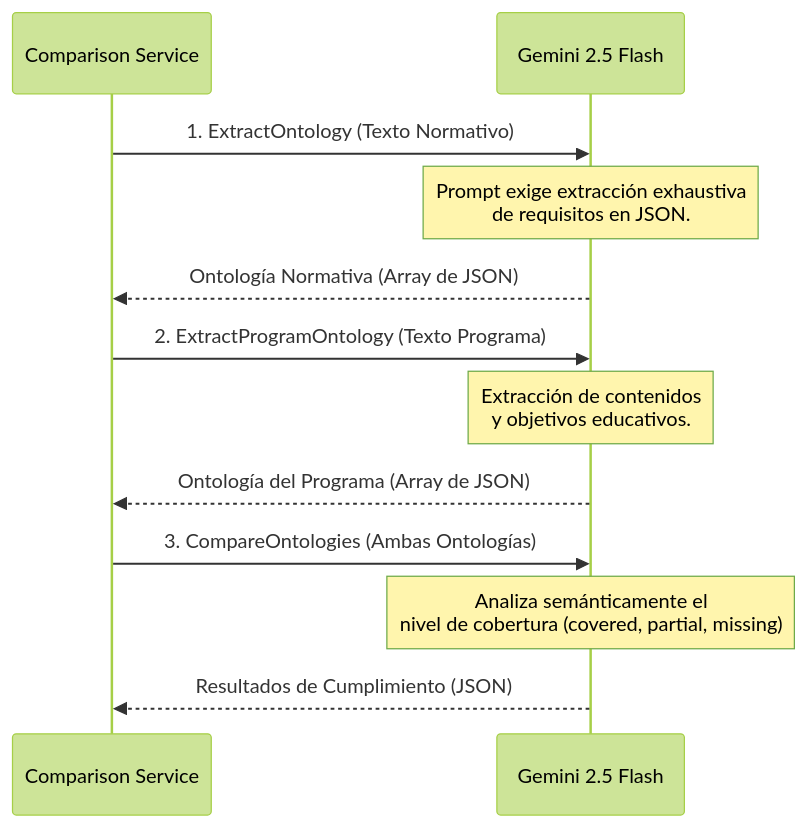
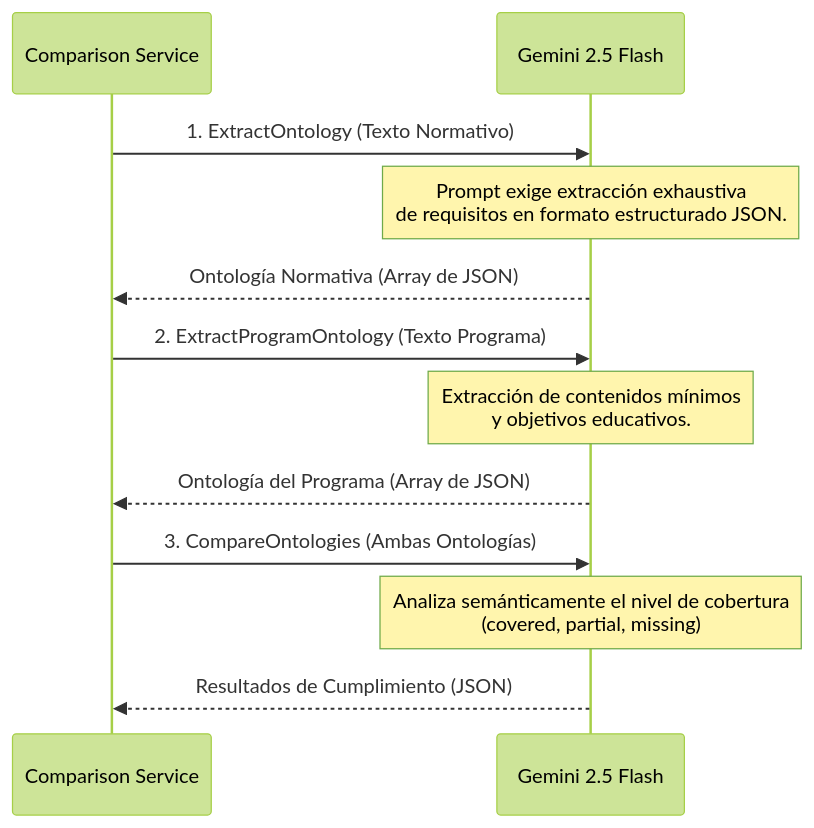
One commit to dracero/grafo-test changed the second of 5 diagrams in README.md. Above: the diagram before and after it, drawn with Mermaid (forest theme). The commit also changed other lines of this file and 8 other files, not shown here.

````diff
--- a/README.md
+++ b/README.md
@@ -34,17 +42,17 @@
 ```mermaid
 sequenceDiagram
     participant App as Comparison Service
     participant LLM as Gemini 2.5 Flash
     
     App->>LLM: 1. ExtractOntology (Texto Normativo)
-    Note over LLM: Prompt exige extracción exhaustiva<br/>de requisitos en JSON.
+    Note over LLM: Prompt exige extracción exhaustiva<br/>de requisitos en formato estructurado JSON.
     LLM-->>App: Ontología Normativa (Array de JSON)
     
     App->>LLM: 2. ExtractProgramOntology (Texto Programa)
-    Note over LLM: Extracción de contenidos<br/>y objetivos educativos.
+    Note over LLM: Extracción de contenidos mínimos<br/>y objetivos educativos.
     LLM-->>App: Ontología del Programa (Array de JSON)
     
     App->>LLM: 3. CompareOntologies (Ambas Ontologías)
-    Note over LLM: Analiza semánticamente el<br/>nivel de cobertura (covered, partial, missing)
+    Note over LLM: Analiza semánticamente el nivel de cobertura<br/>(covered, partial, missing)
     LLM-->>App: Resultados de Cumplimiento (JSON)
 ```
````
